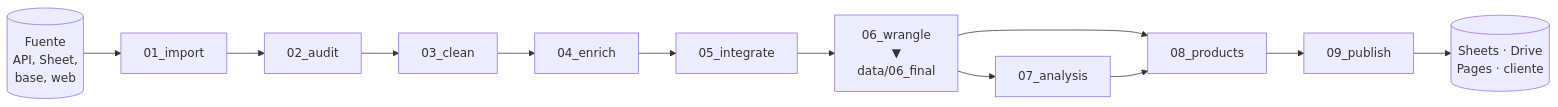
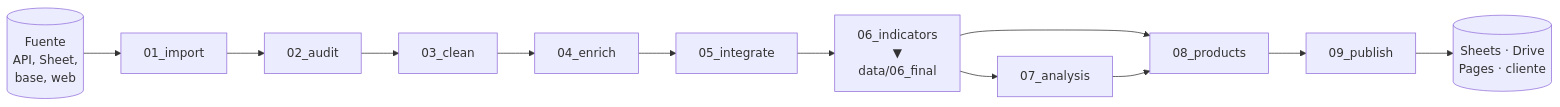
One commit to piero-valles-maravi/dataops-blueprint changed the second of 2 diagrams in README.md. Above: the diagram before and after it, drawn with Mermaid. The commit also changed other lines of this file and 9 other files, not shown here.

First line of the commit message:
Renombrar 06_wrangle a 06_indicators

````diff
--- a/README.md
+++ b/README.md
@@ -73,14 +73,14 @@
 ```mermaid
 flowchart LR
     SRC[("Fuente<br/>API, Sheet,<br/>base, web")] --> IMP["01_import"]
     IMP --> AUD["02_audit"]
     AUD --> CLN["03_clean"]
     CLN --> ENR["04_enrich"]
     ENR --> INT["05_integrate"]
-    INT --> WRG["06_wrangle<br/>▼<br/>data/06_final"]
+    INT --> WRG["06_indicators<br/>▼<br/>data/06_final"]
     WRG --> ANA["07_analysis"]
     WRG --> PRD["08_products"]
     ANA --> PRD
     PRD --> PUB["09_publish"]
     PUB --> DEST[("Sheets · Drive<br/>Pages · cliente")]
 ```
````
